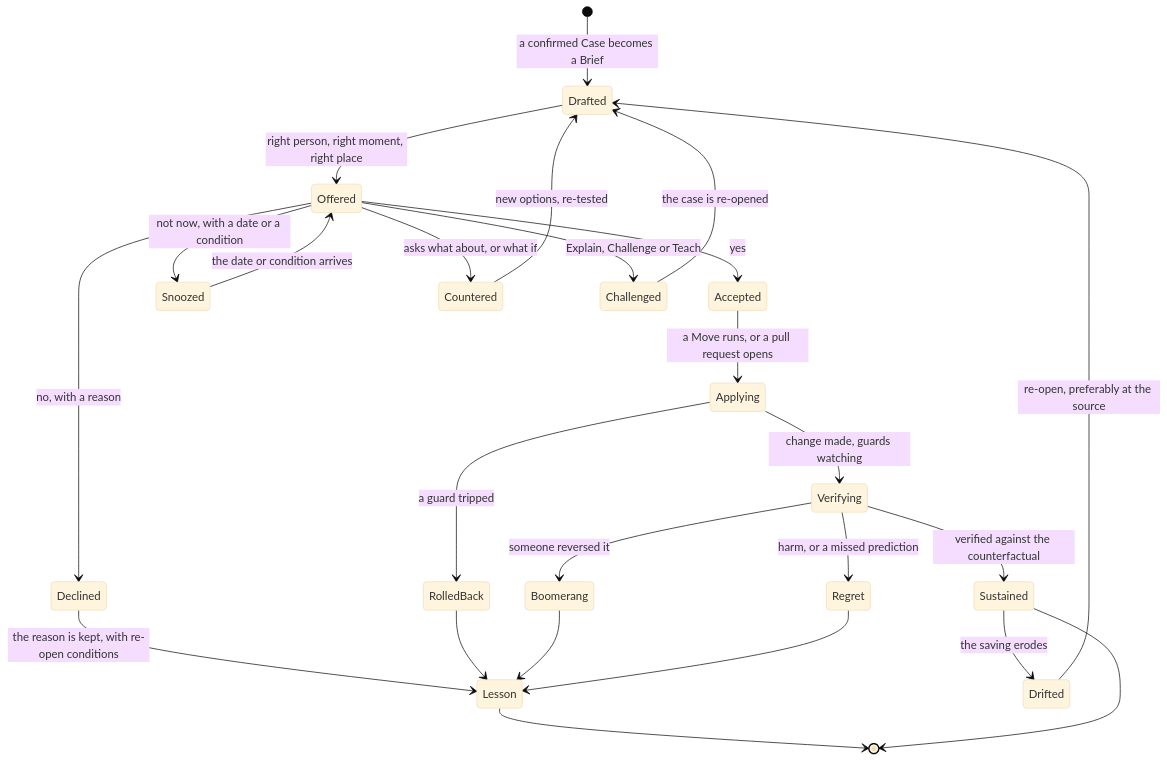
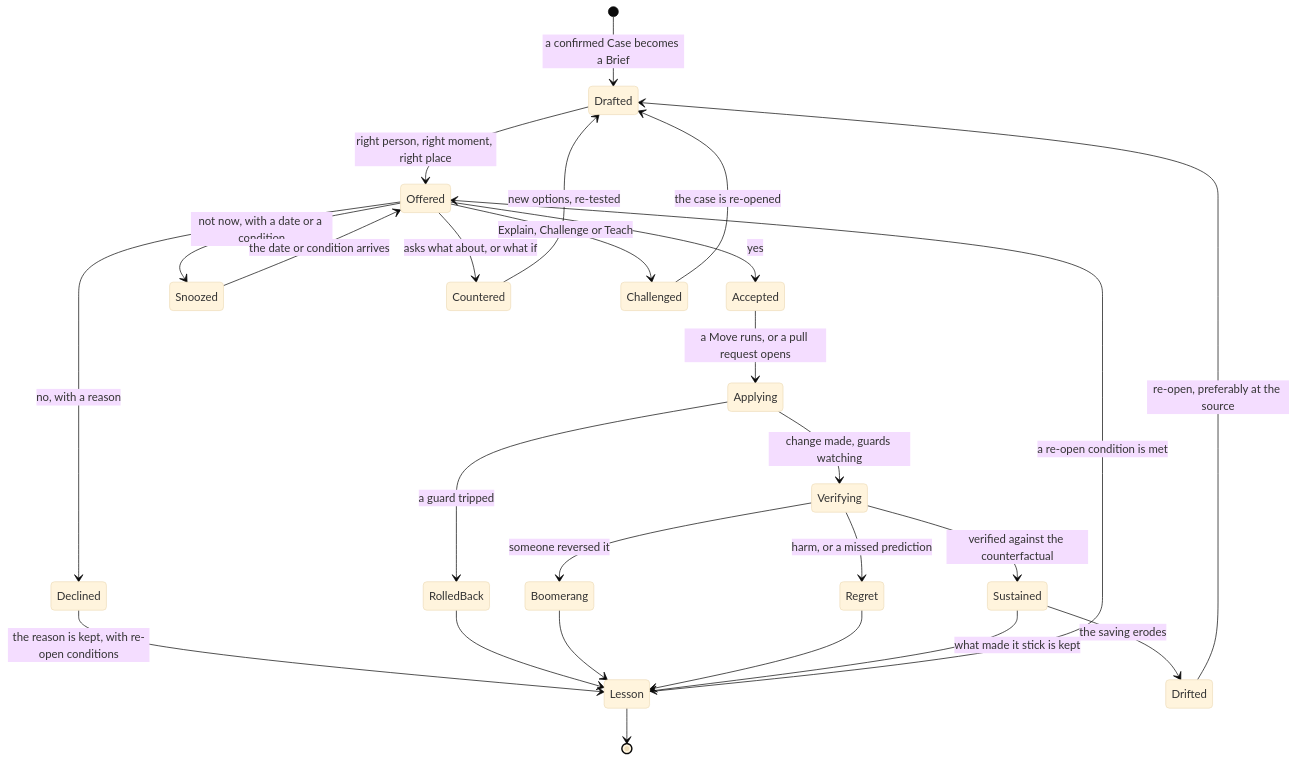
The diagram in docs/05-recommend-act-verify.md (tinodo/meternaut), drawn with Mermaid (base theme) before and after one commit. The commit also changed other lines of this file and 26 other files, not shown here.

````diff
--- a/docs/05-recommend-act-verify.md
+++ b/docs/05-recommend-act-verify.md
@@ -250,27 +282,28 @@
 ```mermaid
 stateDiagram-v2
     [*] --> Drafted: a confirmed Case becomes a Brief
     Drafted --> Offered: right person, right moment, right place
     Offered --> Accepted: yes
     Offered --> Declined: no, with a reason
     Offered --> Snoozed: not now, with a date or a condition
     Offered --> Countered: asks what about, or what if
     Offered --> Challenged: Explain, Challenge or Teach
     Snoozed --> Offered: the date or condition arrives
     Countered --> Drafted: new options, re-tested
     Challenged --> Drafted: the case is re-opened
     Declined --> Lesson: the reason is kept, with re-open conditions
+    Lesson --> Offered: a re-open condition is met
     Accepted --> Applying: a Move runs, or a pull request opens
     Applying --> Verifying: change made, guards watching
     Applying --> RolledBack: a guard tripped
     RolledBack --> Lesson
     Verifying --> Sustained: verified against the counterfactual
     Verifying --> Boomerang: someone reversed it
     Verifying --> Regret: harm, or a missed prediction
     Boomerang --> Lesson
     Regret --> Lesson
     Sustained --> Drifted: the saving erodes
+    Sustained --> Lesson: what made it stick is kept
     Drifted --> Drafted: re-open, preferably at the source
     Lesson --> [*]
-    Sustained --> [*]
 ```
````
